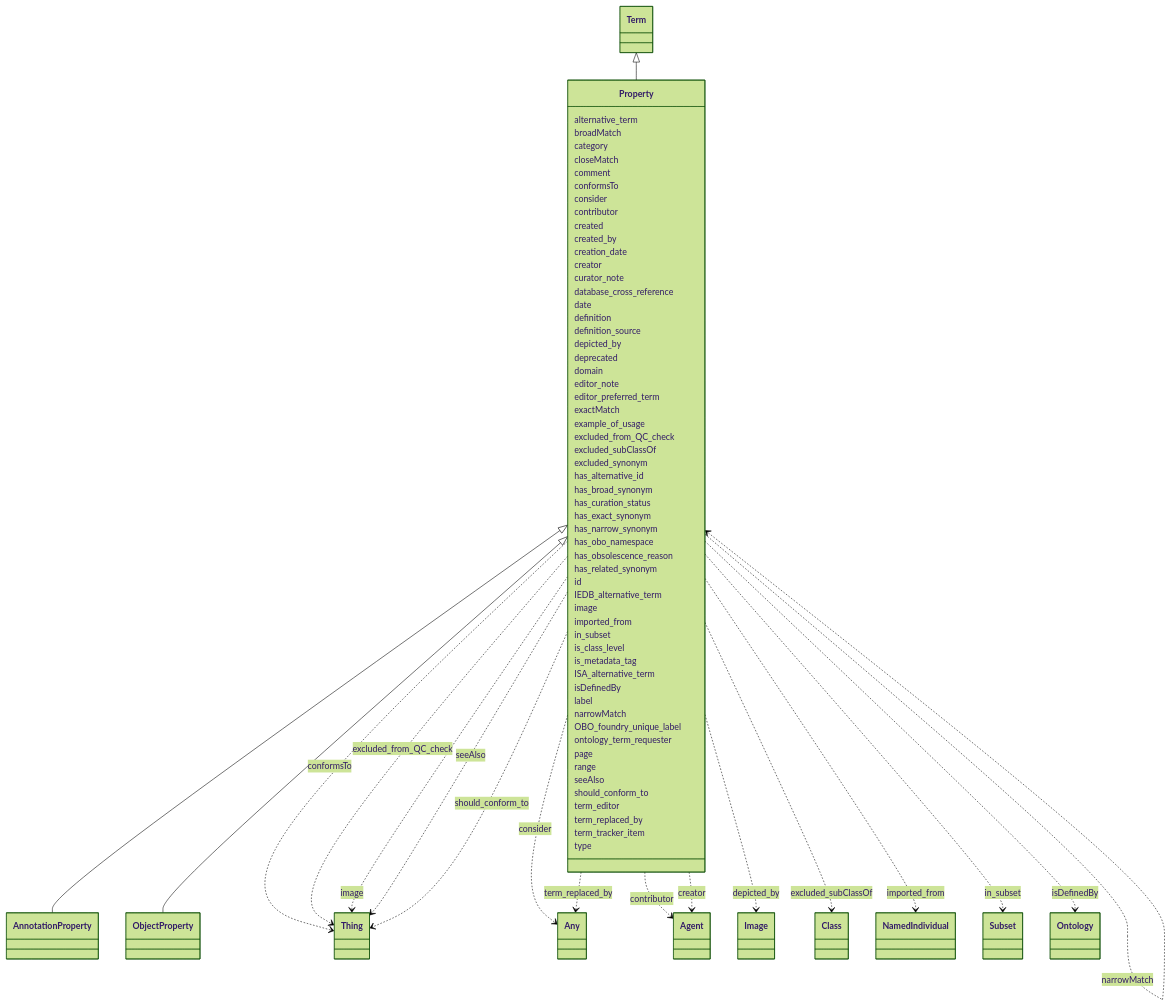
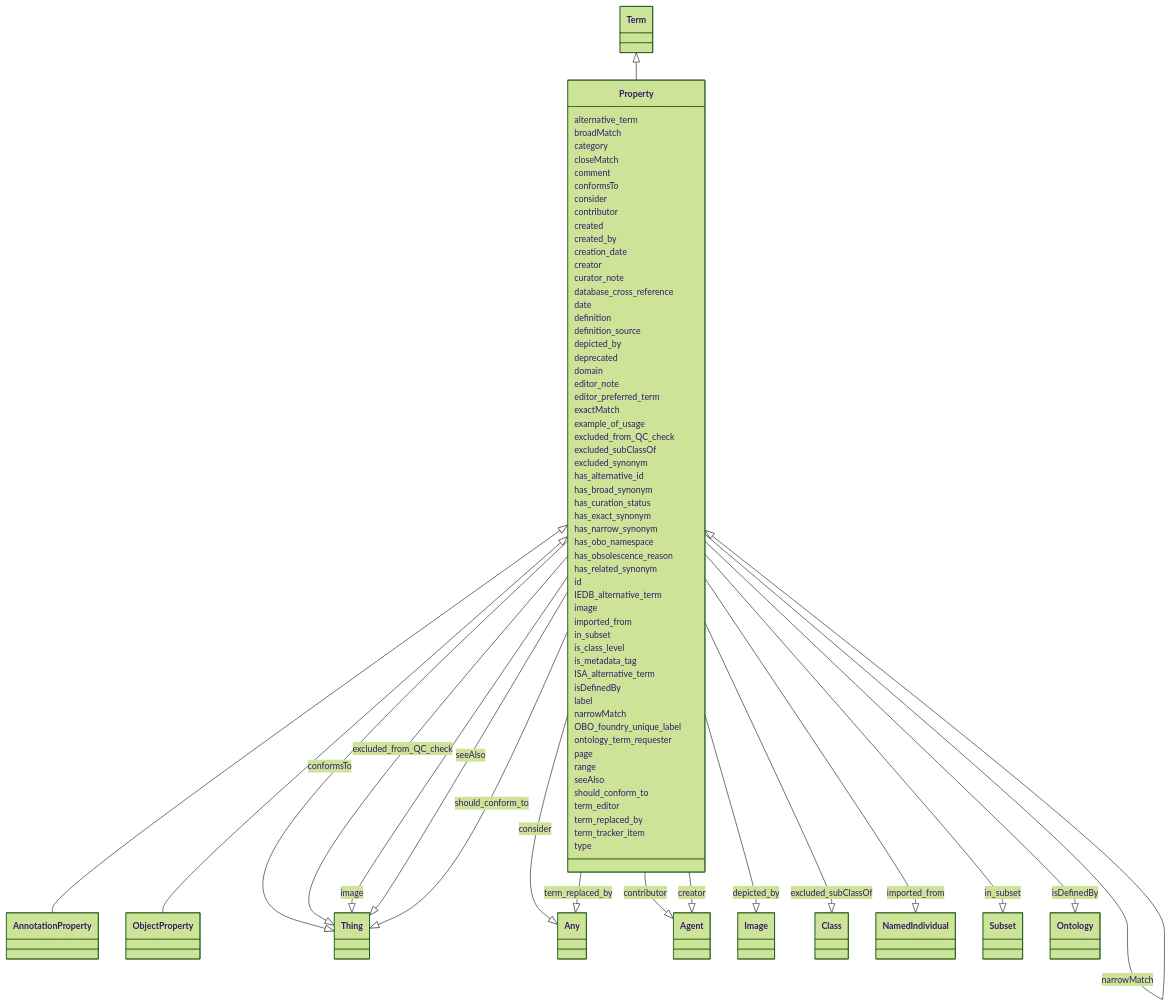
Before and after one commit to INCATools/ontology-access-kit: the diagram in ontology-metadata/Property.md, drawn with Mermaid (forest theme). The commit also changed 3011 other files, not shown here.

```diff
--- a/ontology-metadata/Property.md
+++ b/ontology-metadata/Property.md
@@ -22,27 +22,27 @@
         
       Property : broadMatch
         
-          Property ..> Property : broadMatch
+          Property --|> Property : broadMatch
         
       Property : category
         
       Property : closeMatch
         
-          Property ..> Property : closeMatch
+          Property --|> Property : closeMatch
         
       Property : comment
         
       Property : conformsTo
         
-          Property ..> Thing : conformsTo
+          Property --|> Thing : conformsTo
         
       Property : consider
         
-          Property ..> Any : consider
+          Property --|> Any : consider
         
       Property : contributor
         
-          Property ..> Agent : contributor
+          Property --|> Agent : contributor
         
       Property : created
         
@@ -52,7 +52,7 @@
         
       Property : creator
         
-          Property ..> Agent : creator
+          Property --|> Agent : creator
         
       Property : curator_note
         
@@ -66,7 +66,7 @@
         
       Property : depicted_by
         
-          Property ..> Image : depicted_by
+          Property --|> Image : depicted_by
         
       Property : deprecated
         
@@ -78,17 +78,17 @@
         
       Property : exactMatch
         
-          Property ..> Property : exactMatch
+          Property --|> Property : exactMatch
         
       Property : example_of_usage
         
       Property : excluded_from_QC_check
         
-          Property ..> Thing : excluded_from_QC_check
+          Property --|> Thing : excluded_from_QC_check
         
       Property : excluded_subClassOf
         
-          Property ..> Class : excluded_subClassOf
+          Property --|> Class : excluded_subClassOf
         
       Property : excluded_synonym
         
@@ -114,15 +114,15 @@
         
       Property : image
         
-          Property ..> Thing : image
+          Property --|> Thing : image
         
       Property : imported_from
         
-          Property ..> NamedIndividual : imported_from
+          Property --|> NamedIndividual : imported_from
         
       Property : in_subset
         
-          Property ..> Subset : in_subset
+          Property --|> Subset : in_subset
         
       Property : is_class_level
         
@@ -132,13 +132,13 @@
         
       Property : isDefinedBy
         
-          Property ..> Ontology : isDefinedBy
+          Property --|> Ontology : isDefinedBy
         
       Property : label
         
       Property : narrowMatch
         
-          Property ..> Property : narrowMatch
+          Property --|> Property : narrowMatch
         
       Property : OBO_foundry_unique_label
         
@@ -150,17 +150,17 @@
         
       Property : seeAlso
         
-          Property ..> Thing : seeAlso
+          Property --|> Thing : seeAlso
         
       Property : should_conform_to
         
-          Property ..> Thing : should_conform_to
+          Property --|> Thing : should_conform_to
         
       Property : term_editor
         
       Property : term_replaced_by
         
-          Property ..> Any : term_replaced_by
+          Property --|> Any : term_replaced_by
         
       Property : term_tracker_item
         
```
